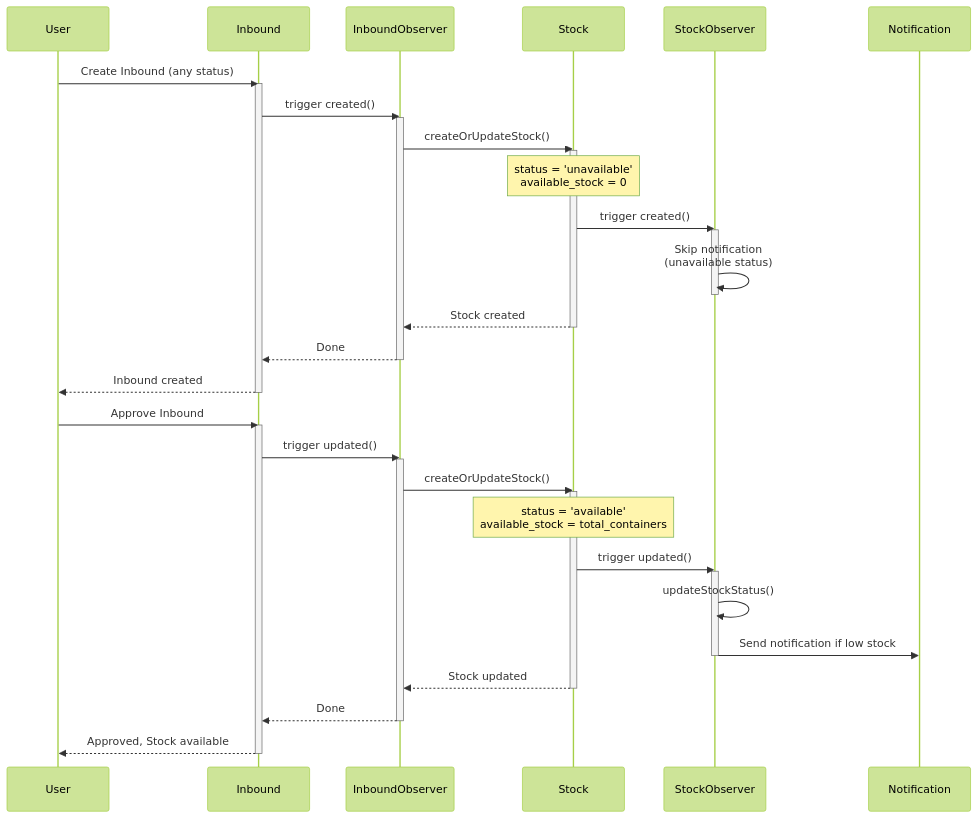
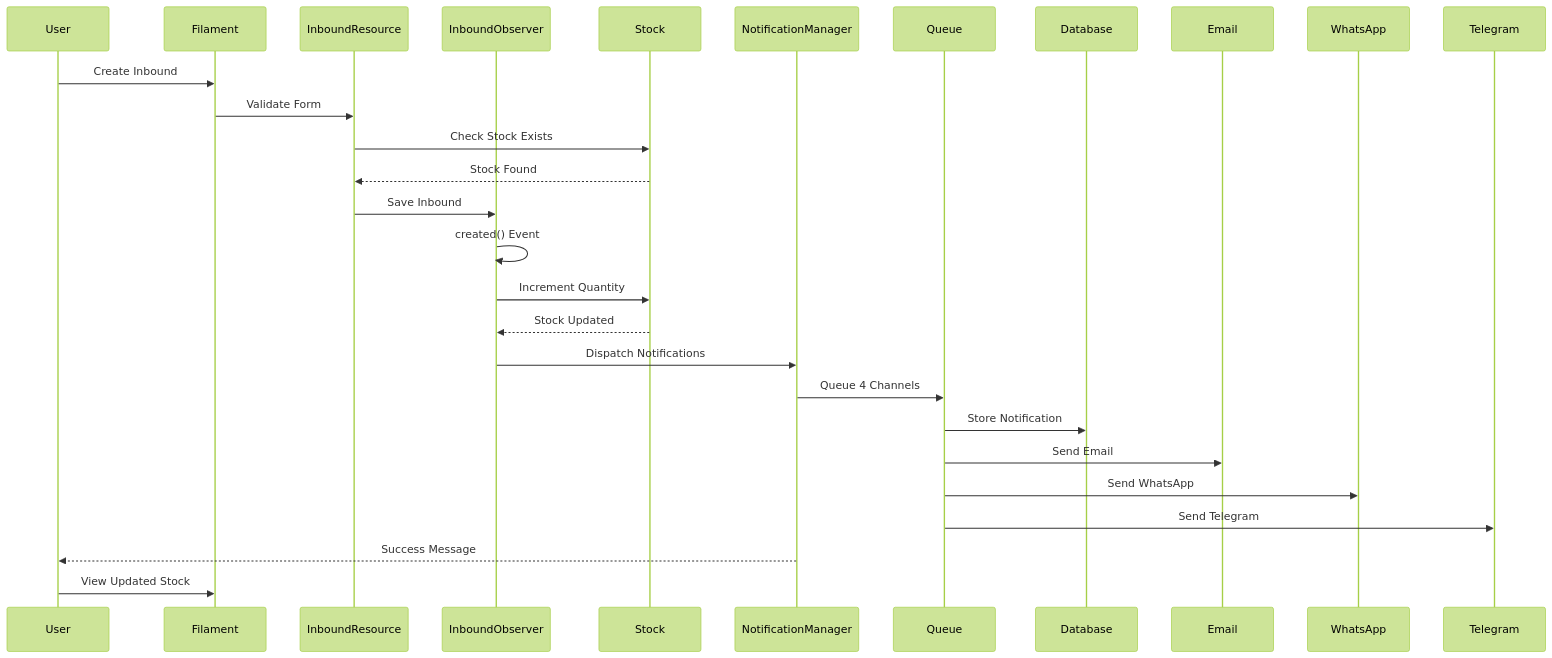
The fourth of 8 diagrams in README.md (Halfirzzha/Warex-Management), drawn with Mermaid (forest theme) before and after one commit. The commit also changed other lines of this file and 114 other files, not shown here.

````diff
--- a/README.md
+++ b/README.md
@@ -526,46 +388,31 @@
 ```mermaid
 sequenceDiagram
-    participant U as User
-    participant I as Inbound
-    participant IO as InboundObserver
-    participant S as Stock
-    participant SO as StockObserver
-    participant N as Notification
+    participant User
+    participant Filament
+    participant InboundResource
+    participant InboundObserver
+    participant Stock
+    participant NotificationManager
+    participant Queue
 
-    U->>I: Create Inbound (any status)
-    activate I
-    I->>IO: trigger created()
-    activate IO
-    IO->>S: createOrUpdateStock()
-    activate S
-    Note over S: status = 'unavailable'<br/>available_stock = 0
-    S->>SO: trigger created()
-    activate SO
-    SO->>SO: Skip notification<br/>(unavailable status)
-    deactivate SO
-    S-->>IO: Stock created
-    deactivate S
-    IO-->>I: Done
-    deactivate IO
-    I-->>U: Inbound created
-    deactivate I
+    User->>Filament: Create Inbound
+    Filament->>InboundResource: Validate Form
+    InboundResource->>Stock: Check Stock Exists
+    Stock-->>InboundResource: Stock Found
+    InboundResource->>InboundObserver: Save Inbound
 
-    U->>I: Approve Inbound
-    activate I
-    I->>IO: trigger updated()
-    activate IO
-    IO->>S: createOrUpdateStock()
-    activate S
-    Note over S: status = 'available'<br/>available_stock = total_containers
-    S->>SO: trigger updated()
-    activate SO
-    SO->>SO: updateStockStatus()
-    SO->>N: Send notification if low stock
-    deactivate SO
-    S-->>IO: Stock updated
-    deactivate S
-    IO-->>I: Done
-    deactivate IO
-    I-->>U: Approved, Stock available
-    deactivate I
+    InboundObserver->>InboundObserver: created() Event
+    InboundObserver->>Stock: Increment Quantity
+    Stock-->>InboundObserver: Stock Updated
+
+    InboundObserver->>NotificationManager: Dispatch Notifications
+    NotificationManager->>Queue: Queue 4 Channels
+
+    Queue->>Database: Store Notification
+    Queue->>Email: Send Email
+    Queue->>WhatsApp: Send WhatsApp
+    Queue->>Telegram: Send Telegram
+
+    NotificationManager-->>User: Success Message
+    User->>Filament: View Updated Stock
 ```
````
